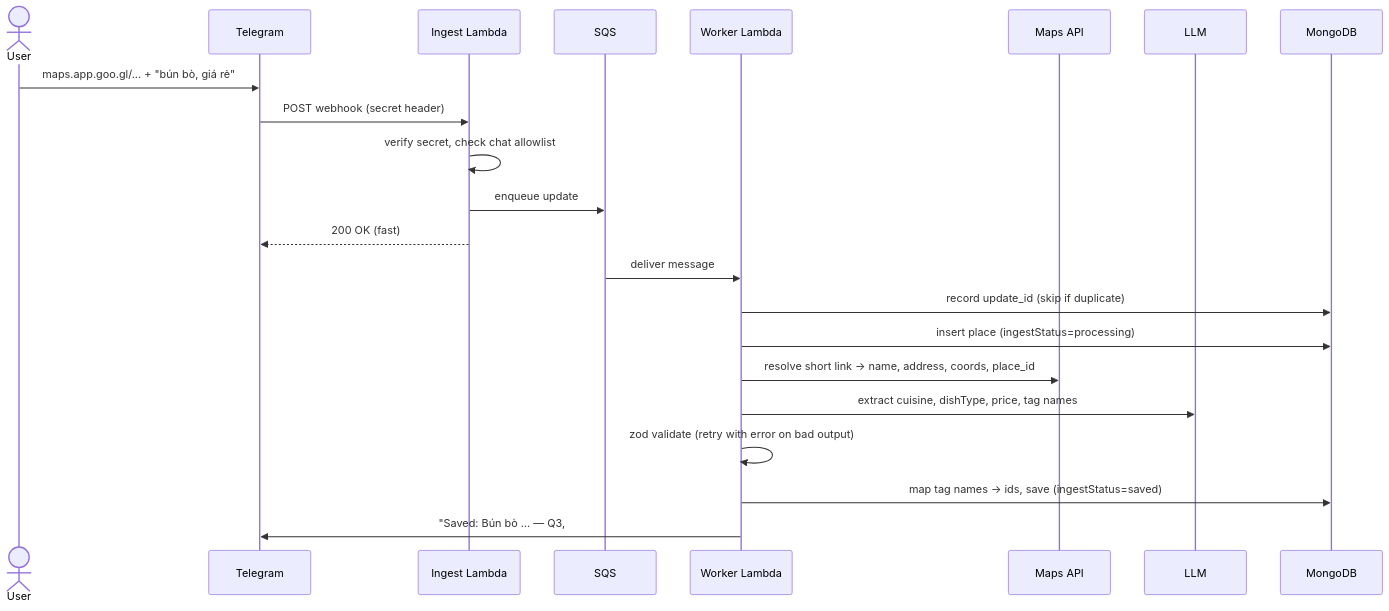
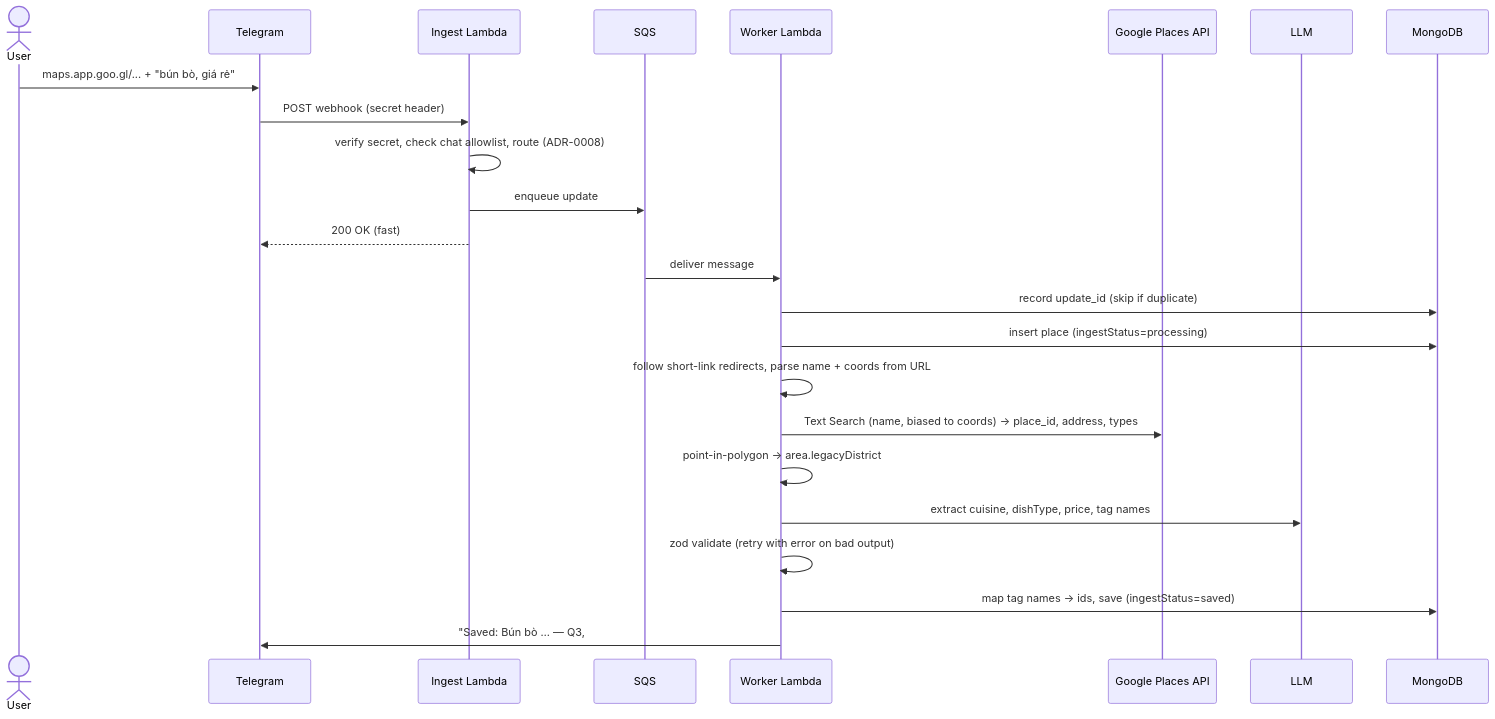
The second of 3 diagrams in docs/architecture.md (btrongtin/angiday), drawn with Mermaid before and after one commit. The commit also changed other lines of this file and 12 other files, not shown here.

````diff
--- a/docs/architecture.md
+++ b/docs/architecture.md
@@ -76,25 +81,27 @@
 ```mermaid
 sequenceDiagram
   actor U as User
   participant TG as Telegram
   participant IL as Ingest Lambda
   participant Q as SQS
   participant W as Worker Lambda
-  participant M as Maps API
+  participant M as Google Places API
   participant L as LLM
   participant DB as MongoDB
 
   U->>TG: maps.app.goo.gl/... + "bún bò, giá rẻ"
   TG->>IL: POST webhook (secret header)
-  IL->>IL: verify secret, check chat allowlist
+  IL->>IL: verify secret, check chat allowlist, route (ADR-0008)
   IL->>Q: enqueue update
   IL-->>TG: 200 OK (fast)
   Q->>W: deliver message
   W->>DB: record update_id (skip if duplicate)
   W->>DB: insert place (ingestStatus=processing)
-  W->>M: resolve short link → name, address, coords, place_id
+  W->>W: follow short-link redirects, parse name + coords from URL
+  W->>M: Text Search (name, biased to coords) → place_id, address, types
+  W->>W: point-in-polygon → area.legacyDistrict
   W->>L: extract cuisine, dishType, price, tag names
   W->>W: zod validate (retry with error on bad output)
   W->>DB: map tag names → ids, save (ingestStatus=saved)
   W->>TG: "Saved: Bún bò … — Q3, #giá-rẻ"
 ```
````
